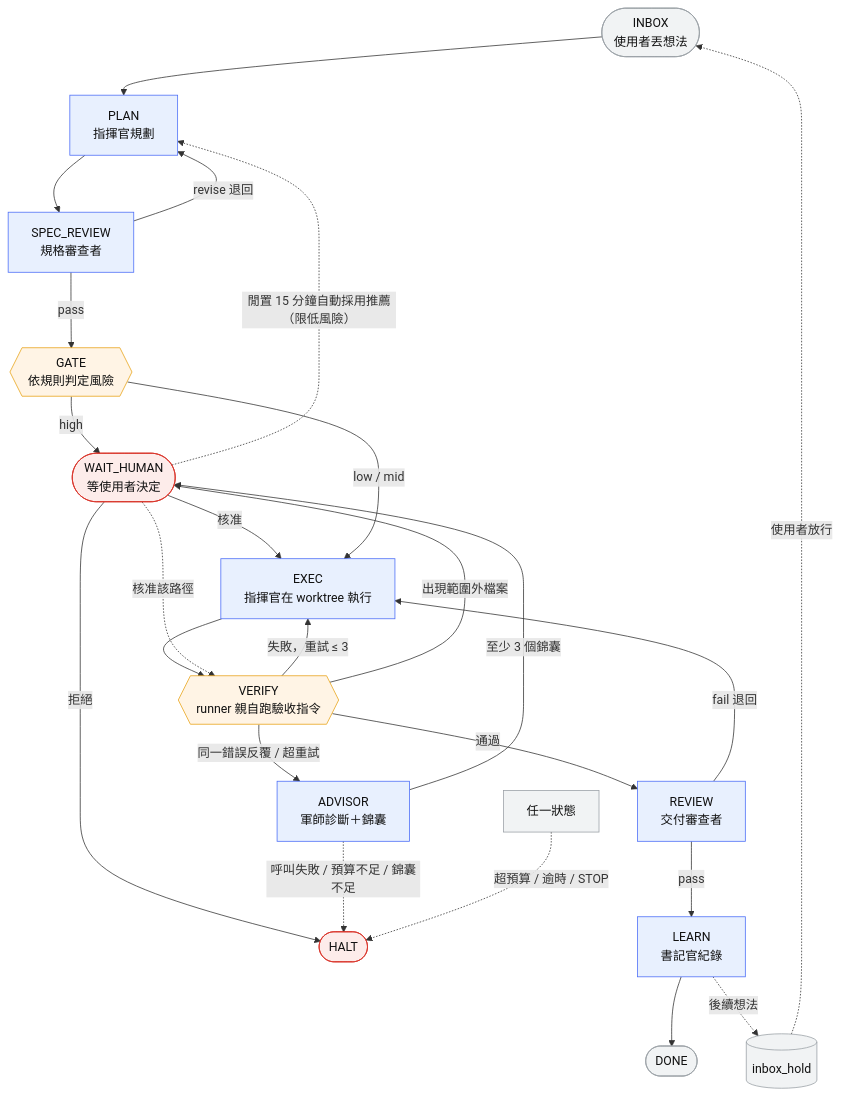
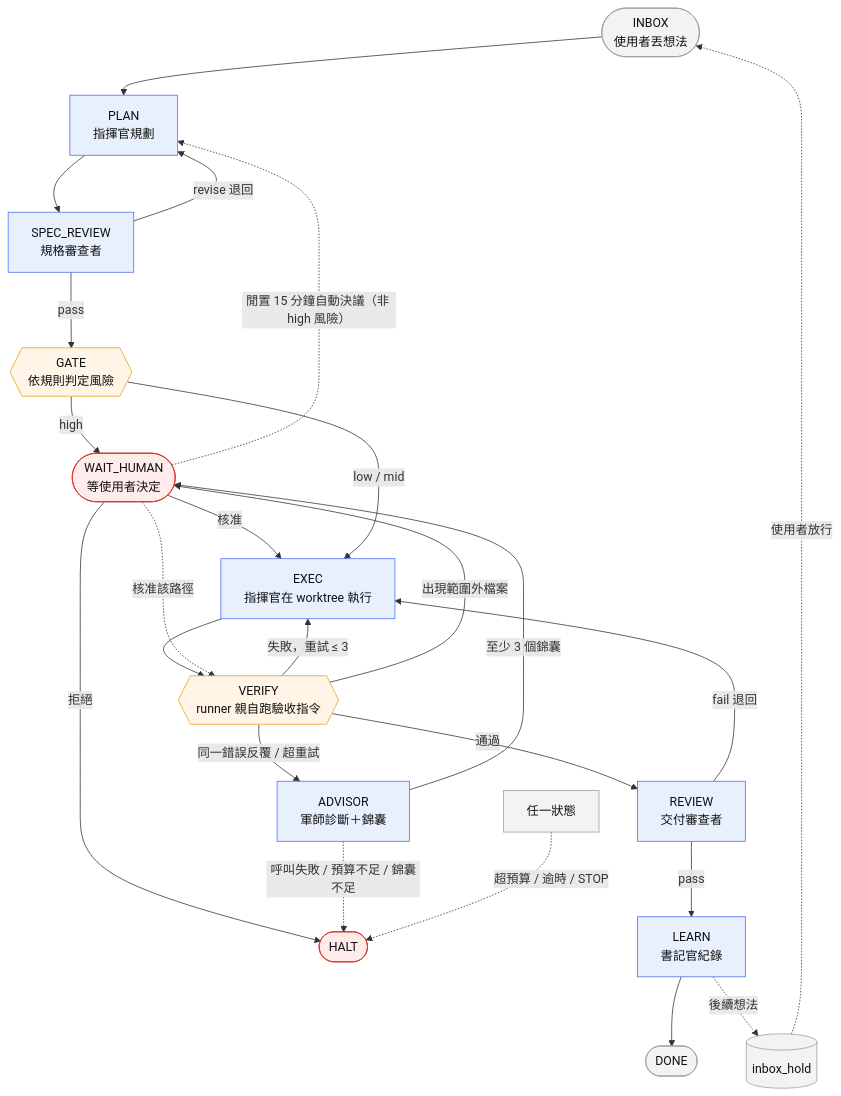
The first of 3 diagrams in README.md (lederyide-dotcom/agent-legion), drawn with Mermaid before and after one commit. The commit also changed other lines of this file and 6 other files, not shown here.

````diff
--- a/README.md
+++ b/README.md
@@ -11,35 +11,35 @@
 ```mermaid
 flowchart TD
     INBOX([INBOX<br/>使用者丟想法]) --> PLAN[PLAN<br/>指揮官規劃]
     PLAN --> SR[SPEC_REVIEW<br/>規格審查者]
     SR -- revise 退回 --> PLAN
     SR -- pass --> GATE{{GATE<br/>依規則判定風險}}
     GATE -- high --> WH([WAIT_HUMAN<br/>等使用者決定])
     WH -- 核准 --> EXEC
     WH -- 拒絕 --> HALT
     GATE -- low / mid --> EXEC[EXEC<br/>指揮官在 worktree 執行]
     EXEC --> VERIFY{{VERIFY<br/>runner 親自跑驗收指令}}
     VERIFY -- 失敗，重試 ≤ 3 --> EXEC
     VERIFY -- 通過 --> REVIEW[REVIEW<br/>交付審查者]
     VERIFY -- 出現範圍外檔案 --> WH
     WH -. 核准該路徑 .-> VERIFY
     REVIEW -- fail 退回 --> EXEC
     REVIEW -- pass --> LEARN[LEARN<br/>書記官紀錄]
     LEARN --> DONE([DONE])
     LEARN -. 後續想法 .-> HOLD[(inbox_hold)]
     HOLD -. 使用者放行 .-> INBOX
     VERIFY -- 同一錯誤反覆 / 超重試 --> ADV[ADVISOR<br/>軍師診斷＋錦囊]
     ADV -- 至少 3 個錦囊 --> WH
     ADV -. 呼叫失敗 / 預算不足 / 錦囊不足 .-> HALT
-    WH -. 閒置 15 分鐘自動採用推薦（限低風險） .-> PLAN
+    WH -. 閒置 15 分鐘自動決議（非 high 風險） .-> PLAN
     ANY[任一狀態] -. 超預算 / 逾時 / STOP .-> HALT([HALT])
 
     classDef claude fill:#e8f0fe,stroke:#4a6cf7,color:#111
     classDef runner fill:#fff4e5,stroke:#e8a317,color:#111
     classDef human fill:#fdecea,stroke:#d93025,color:#111
     classDef plain fill:#f1f3f4,stroke:#9aa0a6,color:#111
     class PLAN,SR,EXEC,REVIEW,LEARN,ADV claude
     class GATE,VERIFY runner
     class WH,HALT human
     class INBOX,DONE,HOLD,ANY plain
 ```
````
